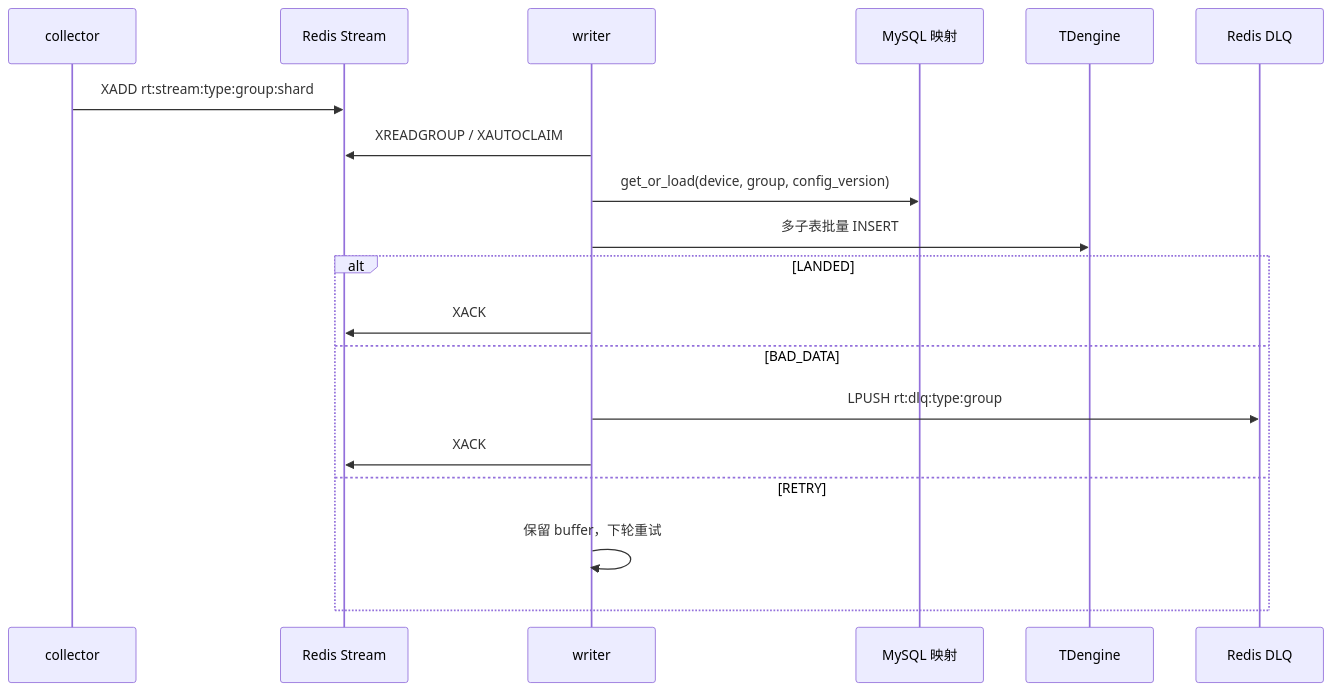
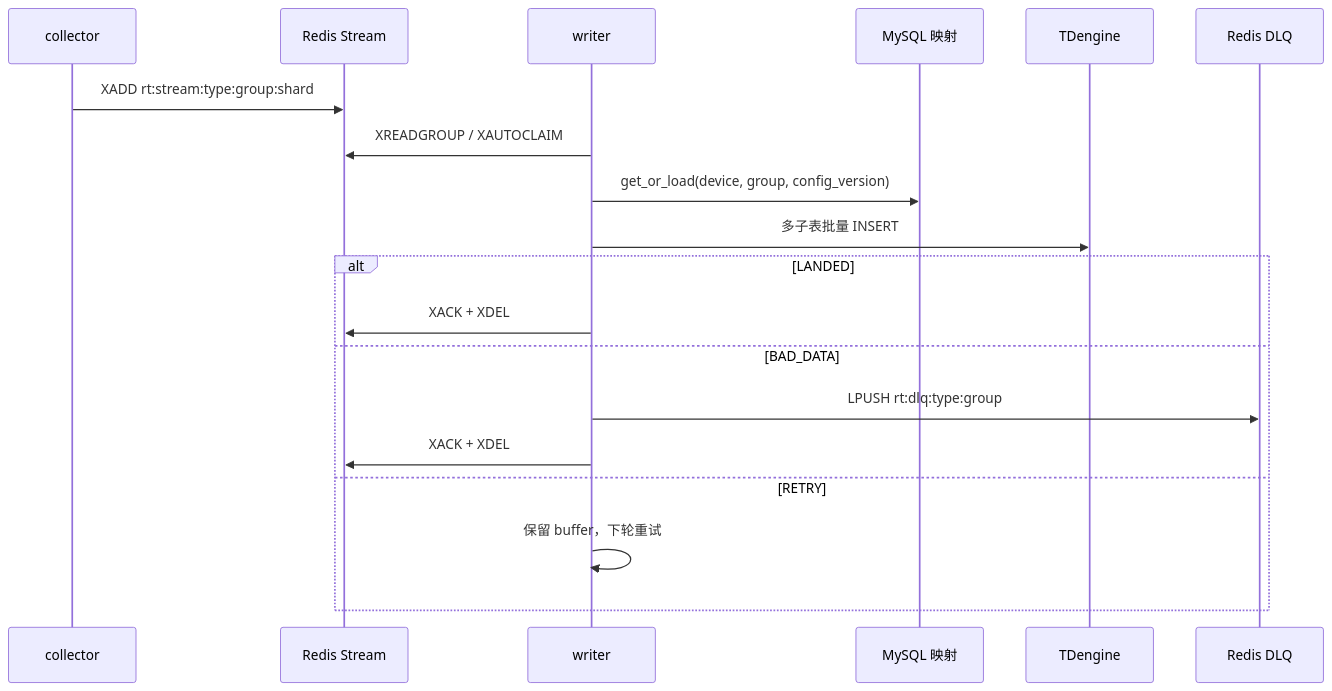
The third of 4 diagrams in docs/01-总体设计/系统架构总览.md (Hry1729/data_watch), drawn with Mermaid before and after one commit. The commit also changed 55 other files, not shown here.

````diff
--- a/docs/01-总体设计/系统架构总览.md
+++ b/docs/01-总体设计/系统架构总览.md
@@ -159,22 +159,22 @@
 ```mermaid
 sequenceDiagram
     participant COL as collector
     participant RDS as Redis Stream
     participant WR as writer
     participant MY as MySQL 映射
     participant TD as TDengine
     participant DLQ as Redis DLQ
 
     COL->>RDS: XADD rt:stream:type:group:shard
     WR->>RDS: XREADGROUP / XAUTOCLAIM
     WR->>MY: get_or_load(device, group, config_version)
     WR->>TD: 多子表批量 INSERT
     alt LANDED
-        WR->>RDS: XACK
+        WR->>RDS: XACK + XDEL
     else BAD_DATA
         WR->>DLQ: LPUSH rt:dlq:type:group
-        WR->>RDS: XACK
+        WR->>RDS: XACK + XDEL
     else RETRY
         WR->>WR: 保留 buffer，下轮重试
     end
 ```
````
